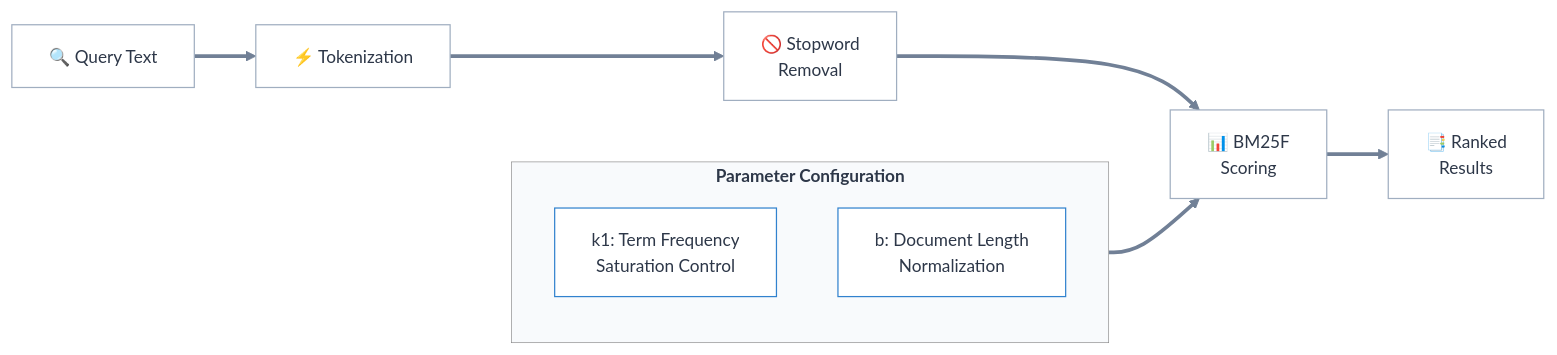
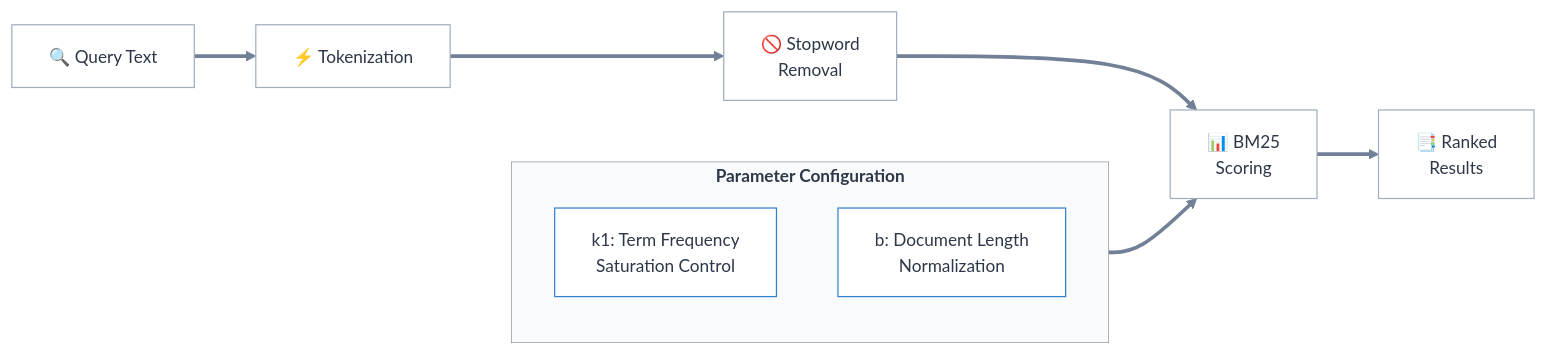
One commit to weaviate/weaviate-io changed the diagram in developers/weaviate/concepts/search/keyword-search.md. Above: the diagram before and after it, drawn with Mermaid. The commit also changed other lines of this file and 1 other file, not shown here.

````diff
--- a/developers/weaviate/concepts/search/keyword-search.md
+++ b/developers/weaviate/concepts/search/keyword-search.md
@@ -56,49 +72,49 @@
 ```mermaid
 %%{init: {
   'theme': 'base',
   'themeVariables': {
     'primaryColor': '#4a5568',
     'primaryTextColor': '#2d3748',
     'primaryBorderColor': '#718096',
     'lineColor': '#718096',
     'secondaryColor': '#f7fafc',
     'tertiaryColor': '#edf2f7',
     'fontFamily': 'Inter, system-ui, sans-serif',
     'fontSize': '14px',
     'lineHeight': '1.4',
     'nodeBorder': '1px',
     'mainBkg': '#ffffff',
     'clusterBkg': '#f8fafc'
   }
 }}%%
 
 flowchart LR
     %% Style definitions
     classDef systemBox fill:#f8fafc,stroke:#3182ce,stroke-width:1.5px,color:#2d3748,font-weight:bold
     classDef processBox fill:#f8fafc,stroke:gray,stroke-width:0.5px,color:#2d3748,font-weight:bold
     classDef component fill:white,stroke:#a0aec0,stroke-width:1px,color:#2d3748
     classDef paramBox fill:white,stroke:#3182ce,stroke-width:1px,color:#2d3748
 
     %% Main flow
     query["🔍 Query Text"] --> tokenize["⚡ Tokenization"]
     tokenize --> stopwords["🚫 Stopword\nRemoval"]
-    stopwords --> scoring["📊 BM25F\nScoring"]
+    stopwords --> scoring["📊 BM25\nScoring"]
 
     %% Parameters section
     subgraph params["Parameter Configuration"]
         direction TB
         k1["k1: Term Frequency\nSaturation Control"]
         b["b: Document Length\nNormalization"]
     end
 
     params --> scoring
     scoring --> results["📑 Ranked\nResults"]
 
     %% Apply styles
     class query,tokenize,stopwords,scoring,results component
     class params processBox
     class k1,b paramBox
 
     %% Linkstyle for curved edges
     linkStyle default stroke:#718096,stroke-width:3px,fill:none,background-color:white
 ```
````
